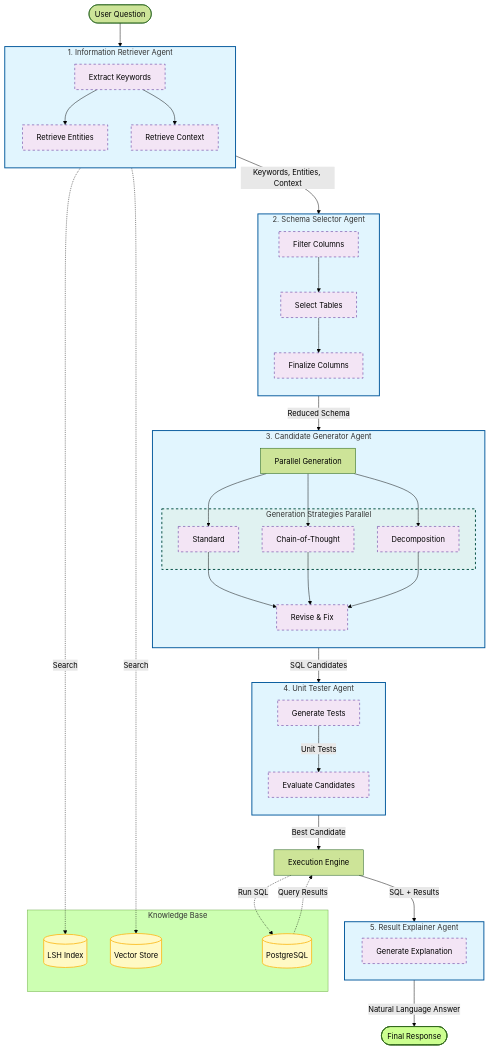
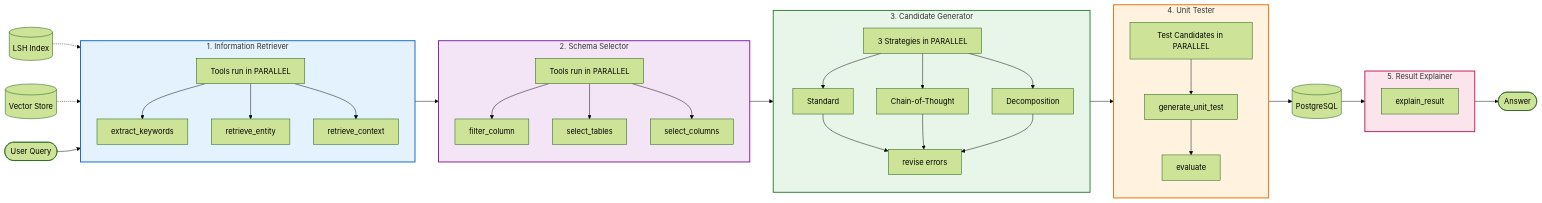
One commit to anushree0107/Novartis changed the first of 2 diagrams in README.md. Above: the diagram before and after it, drawn with Mermaid (forest theme). The commit also changed other lines of this file, not shown here.

Commit message:
updated architecture diagram

````diff
--- a/README.md
+++ b/README.md
@@ -13,94 +13,70 @@
 ```mermaid
-graph TD
-    %% Styling
-    classDef agent fill:#e1f5fe,stroke:#01579b,stroke-width:2px;
-    classDef subagent fill:#f3e5f5,stroke:#4a148c,stroke-width:1px,stroke-dasharray: 5 5;
-    classDef storage fill:#fff9c4,stroke:#fbc02d,stroke-width:2px;
-    classDef output fill:#ccff90,stroke:#33691e,stroke-width:2px;
-    classDef parallel fill:#e0f2f1,stroke:#004d40,stroke-width:2px,stroke-dasharray: 5 5;
+flowchart LR
+    User([User Query]) --> IR
 
-    User([User Question]) --> IR_Agent
-
-    subgraph Knowledge_Base [Knowledge Base]
-        LSH[(LSH Index)]
-        Vector[(Vector Store)]
-        DB[(PostgreSQL)]
+    subgraph IR[1. Information Retriever]
+        direction TB
+        IR_T[Tools run in PARALLEL]
+        IR1[extract_keywords]
+        IR2[retrieve_entity]
+        IR3[retrieve_context]
+        IR_T --> IR1
+        IR_T --> IR2
+        IR_T --> IR3
     end
 
-    subgraph IR_Agent [1. Information Retriever Agent]
+    subgraph SS[2. Schema Selector]
         direction TB
-        IR_KW[Extract Keywords]
-        IR_Ent[Retrieve Entities]
-        IR_Ctx[Retrieve Context]
-        
-        IR_KW --> IR_Ent
-        IR_KW --> IR_Ctx
-    end
-    
-    IR_Ent -.->|Search| LSH
-    IR_Ctx -.->|Search| Vector
-
-    IR_Agent -->|Keywords, Entities, Context| SS_Agent
-    
-    subgraph SS_Agent [2. Schema Selector Agent]
-        direction TB
-        SS_Filter[Filter Columns]
-        SS_Table[Select Tables]
-        SS_Col[Finalize Columns]
-        
-        SS_Filter --> SS_Table --> SS_Col
+        SS_T[Tools run in PARALLEL]
+        SS1[filter_column]
+        SS2[select_tables]
+        SS3[select_columns]
+        SS_T --> SS1
+        SS_T --> SS2
+        SS_T --> SS3
     end
 
-    SS_Agent -->|Reduced Schema| CG_Agent
-
-    subgraph CG_Agent [3. Candidate Generator Agent]
+    subgraph CG[3. Candidate Generator]
         direction TB
-        CG_Parallel[Parallel Generation]
-        
-        subgraph Strategies [Generation Strategies Parallel]
-            CG_Std[Standard]
-            CG_CoT[Chain-of-Thought]
-            CG_Decomp[Decomposition]
-        end
-        
-        CG_Revise[Revise & Fix]
-        
-        CG_Parallel --> CG_Std
-        CG_Parallel --> CG_CoT
-        CG_Parallel --> CG_Decomp
-        
-        CG_Std --> CG_Revise
-        CG_CoT --> CG_Revise
-        CG_Decomp --> CG_Revise
+        CG_T[3 Strategies in PARALLEL]
+        CG1[Standard]
+        CG2[Chain-of-Thought]
+        CG3[Decomposition]
+        CG4[revise errors]
+        CG_T --> CG1
+        CG_T --> CG2
+        CG_T --> CG3
+        CG1 --> CG4
+        CG2 --> CG4
+        CG3 --> CG4
     end
 
-    CG_Agent -->|SQL Candidates| UT_Agent
-
-    subgraph UT_Agent [4. Unit Tester Agent]
+    subgraph UT[4. Unit Tester]
         direction TB
-        UT_Gen[Generate Tests]
-        UT_Eval[Evaluate Candidates]
-        
-        UT_Gen -->|Unit Tests| UT_Eval
+        UT_T[Test Candidates in PARALLEL]
+        UT1[generate_unit_test]
+        UT2[evaluate]
+        UT_T --> UT1
+        UT1 --> UT2
     end
 
-    UT_Agent -->|Best Candidate| Exec[Execution Engine]
-    
-    Exec -.->|Run SQL| DB
-    DB -.->|Query Results| Exec
-    
-    Exec -->|SQL + Results| RE_Agent
-    
-    subgraph RE_Agent [5. Result Explainer Agent]
-        RE_Exp[Generate Explanation]
+    subgraph RE[5. Result Explainer]
+        RE1[explain_result]
     end
 
-    RE_Agent -->|Natural Language Answer| Output([Final Response])
+    IR --> SS
+    SS --> CG
+    CG --> UT
+    UT --> DB[(PostgreSQL)]
+    DB --> RE
+    RE --> Output([Answer])
 
-    %% Listeners/Classes
-    class IR_Agent,SS_Agent,CG_Agent,UT_Agent,RE_Agent agent;
-    class IR_KW,IR_Ent,IR_Ctx,SS_Filter,SS_Table,SS_Col,CG_Std,CG_CoT,CG_Decomp,CG_Revise,UT_Gen,UT_Eval,RE_Exp subagent;
-    class LSH,Vector,DB storage;
-    class Strategies parallel;
-    class Output output;
+    LSH[(LSH Index)] -.-> IR2
+    Vec[(Vector Store)] -.-> IR3
+
+    style IR fill:#e3f2fd,stroke:#1565c0,stroke-width:2px
+    style SS fill:#f3e5f5,stroke:#7b1fa2,stroke-width:2px
+    style CG fill:#e8f5e9,stroke:#2e7d32,stroke-width:2px
+    style UT fill:#fff3e0,stroke:#ef6c00,stroke-width:2px
+    style RE fill:#fce4ec,stroke:#c2185b,stroke-width:2px
 ```
````
